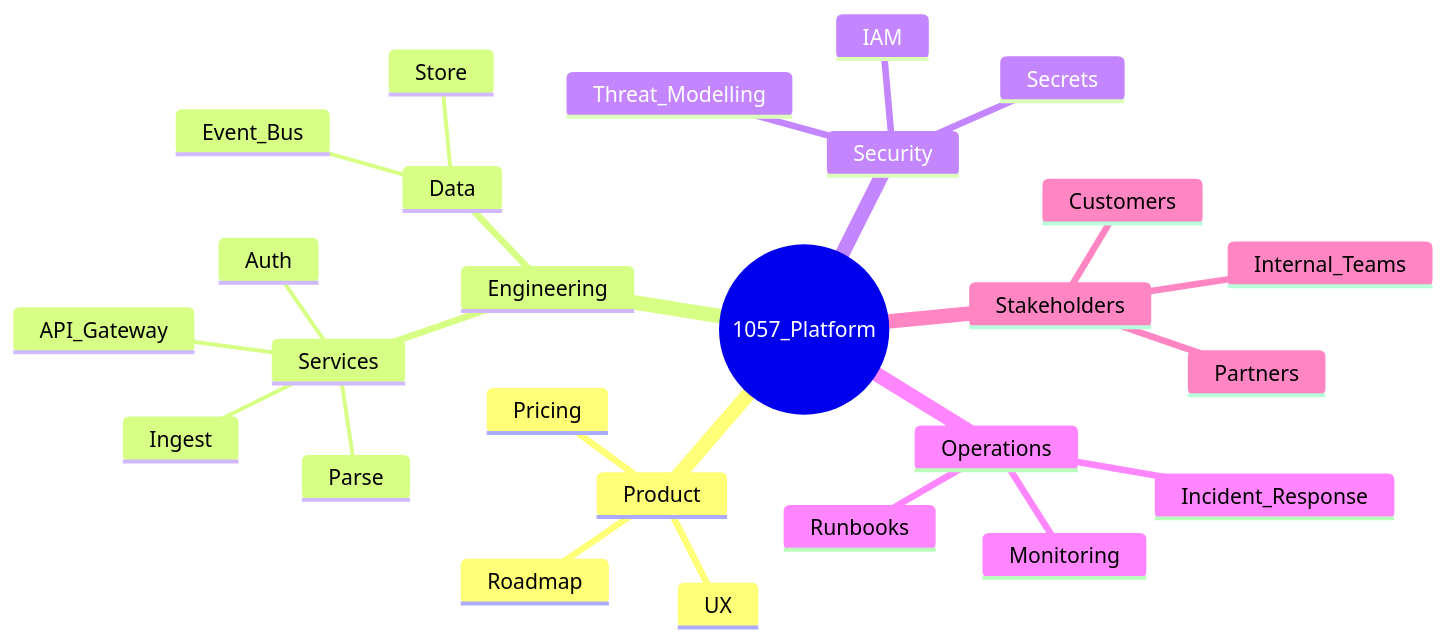
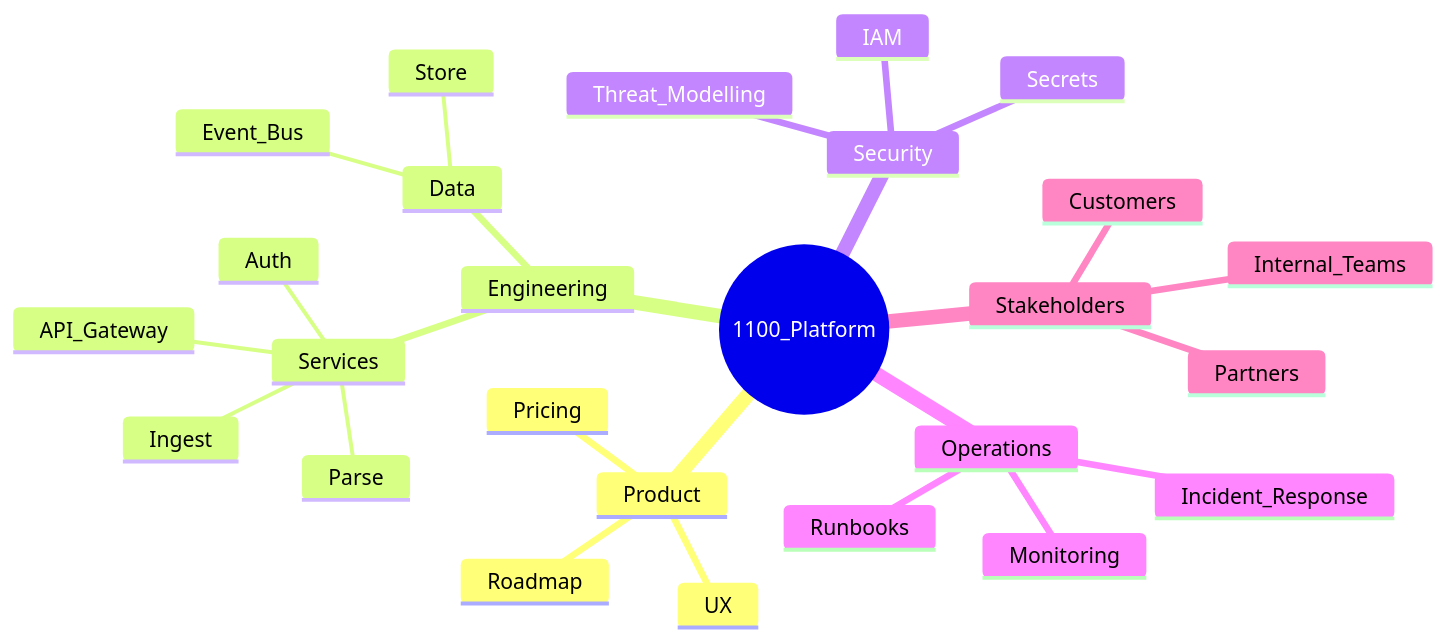
Before and after one commit to Beyondthemountain/RoboMermaid: the diagram in diagrams-src/PlatformMindMap.mmd, drawn with Mermaid.

```diff
--- a/diagrams-src/PlatformMindMap.mmd
+++ b/diagrams-src/PlatformMindMap.mmd
@@ -1,58 +1,58 @@
 mindmap
 %% Global (included in all views)
-  root((1057_Platform))
+  root((1100_Platform))
 
 %%@view:overview,product
     Product
 %%@view:product
       Roadmap
 %%@view:product
       UX
 %%@view:product
       Pricing
 
 %%@view:overview,engineering
     Engineering
 %%@view:engineering
       Services
 %%@view:engineering
         API_Gateway
 %%@view:engineering
         Auth
 %%@view:engineering
         Ingest
 %%@view:engineering
         Parse
 %%@view:engineering
       Data
 %%@view:engineering
         Store
 %%@view:engineering
         Event_Bus
 
 %%@view:overview,security
     Security
 %%@view:security
       IAM
 %%@view:security
       Secrets
 %%@view:security
       Threat_Modelling
 
 %%@view:overview,ops
     Operations
 %%@view:ops
       Monitoring
 %%@view:ops
       Incident_Response
 %%@view:ops
       Runbooks
 
 %%@view:overview,stakeholders
     Stakeholders
 %%@view:stakeholders
       Customers
 %%@view:stakeholders
       Partners
 %%@view:stakeholders
       Internal_Teams
```
